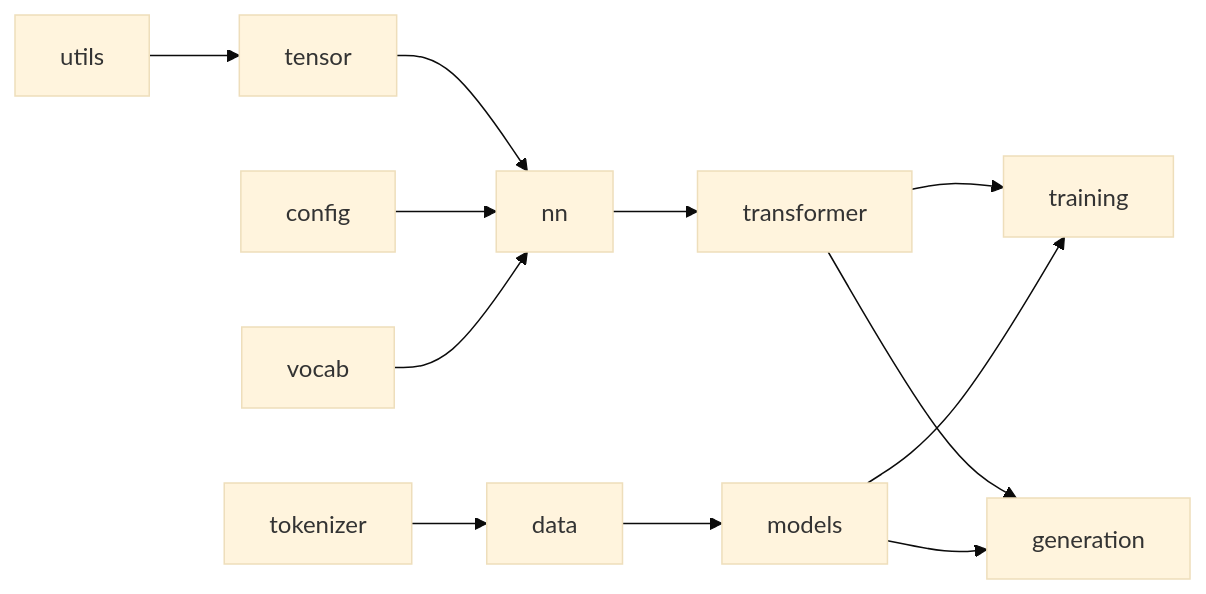
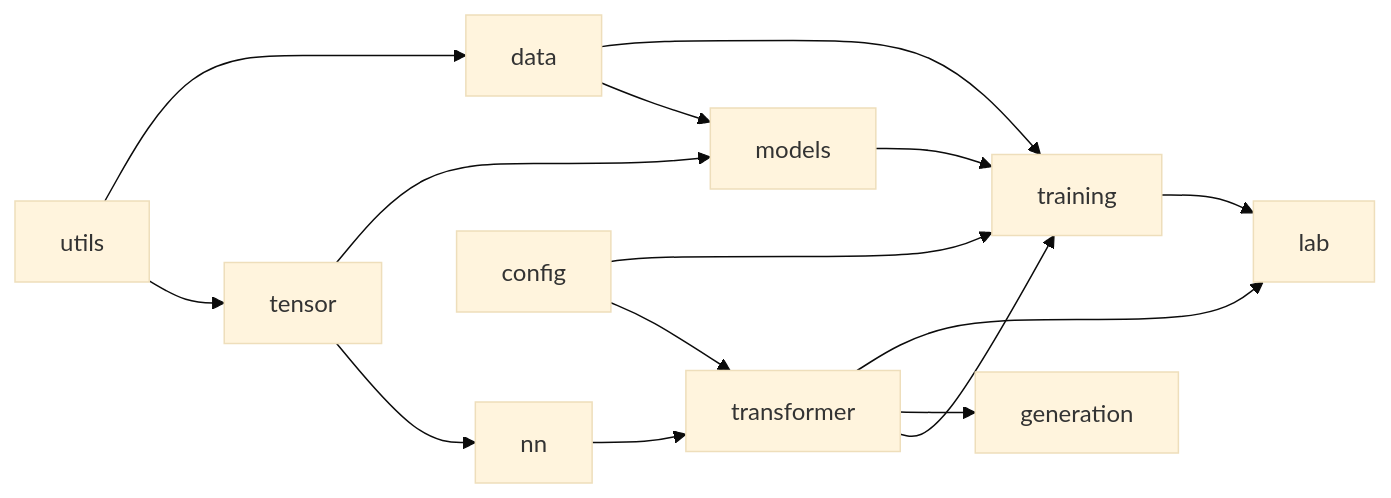
One commit to mikeleppane/llm.mojo changed the second of 5 diagrams in ARCHITECTURE.md. Above: the diagram before and after it, drawn with Mermaid (base theme). The commit also changed other lines of this file and 2 other files, not shown here.

First line of the commit message:
docs: sync README, ARCHITECTURE, and PROGRESS with the source tree

````diff
--- a/ARCHITECTURE.md
+++ b/ARCHITECTURE.md
@@ -106,11 +117,15 @@
 ```mermaid
 flowchart LR
     utils --> tensor --> nn --> transformer
+    utils --> data
+    tensor --> models
+    data --> models
+    config --> transformer
+    config --> training
+    data --> training
+    models --> training
     transformer --> training
     transformer --> generation
-    config --> nn
-    vocab --> nn
-    tokenizer --> data --> models
-    models --> training
-    models --> generation
+    transformer --> lab
+    training --> lab
 ```
````
